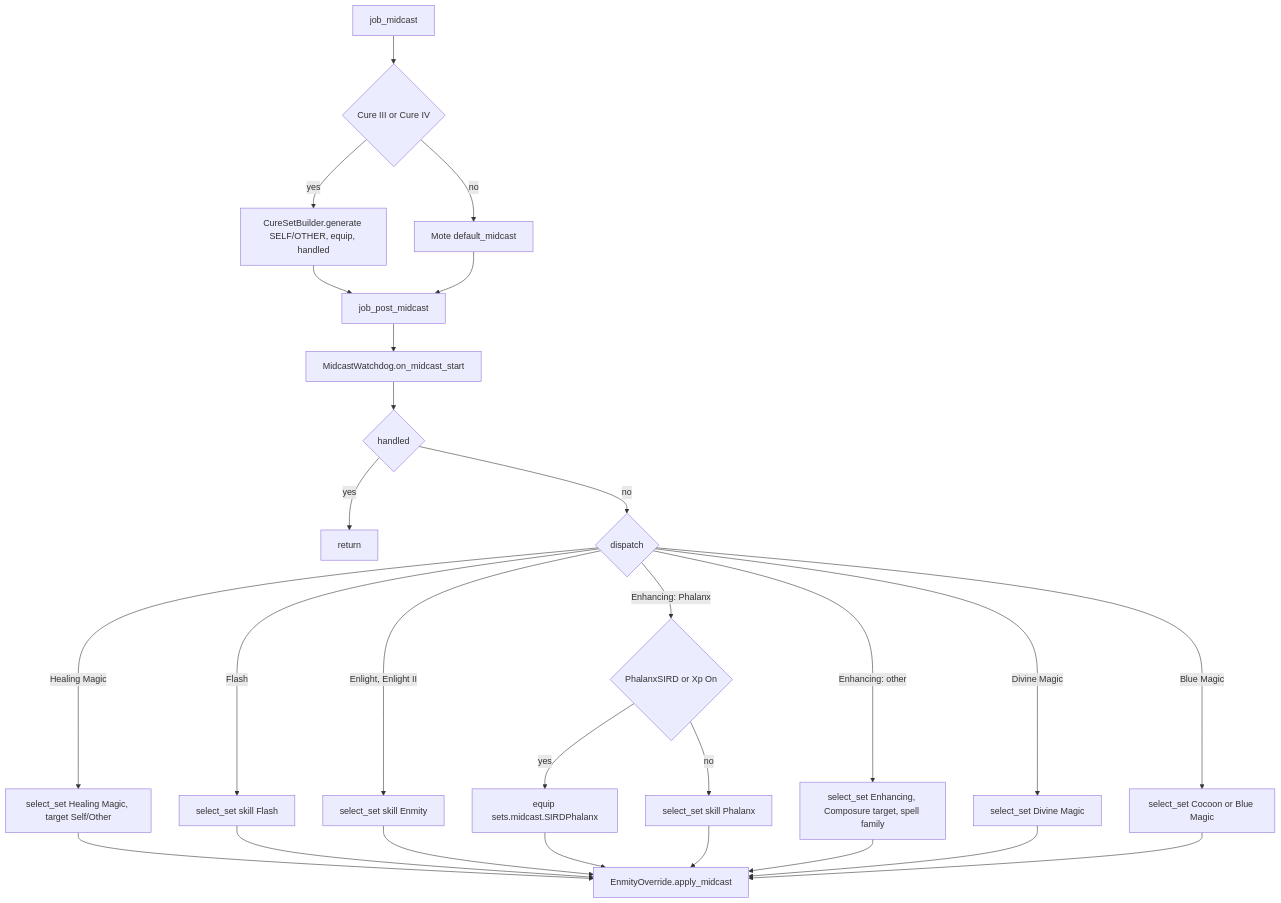
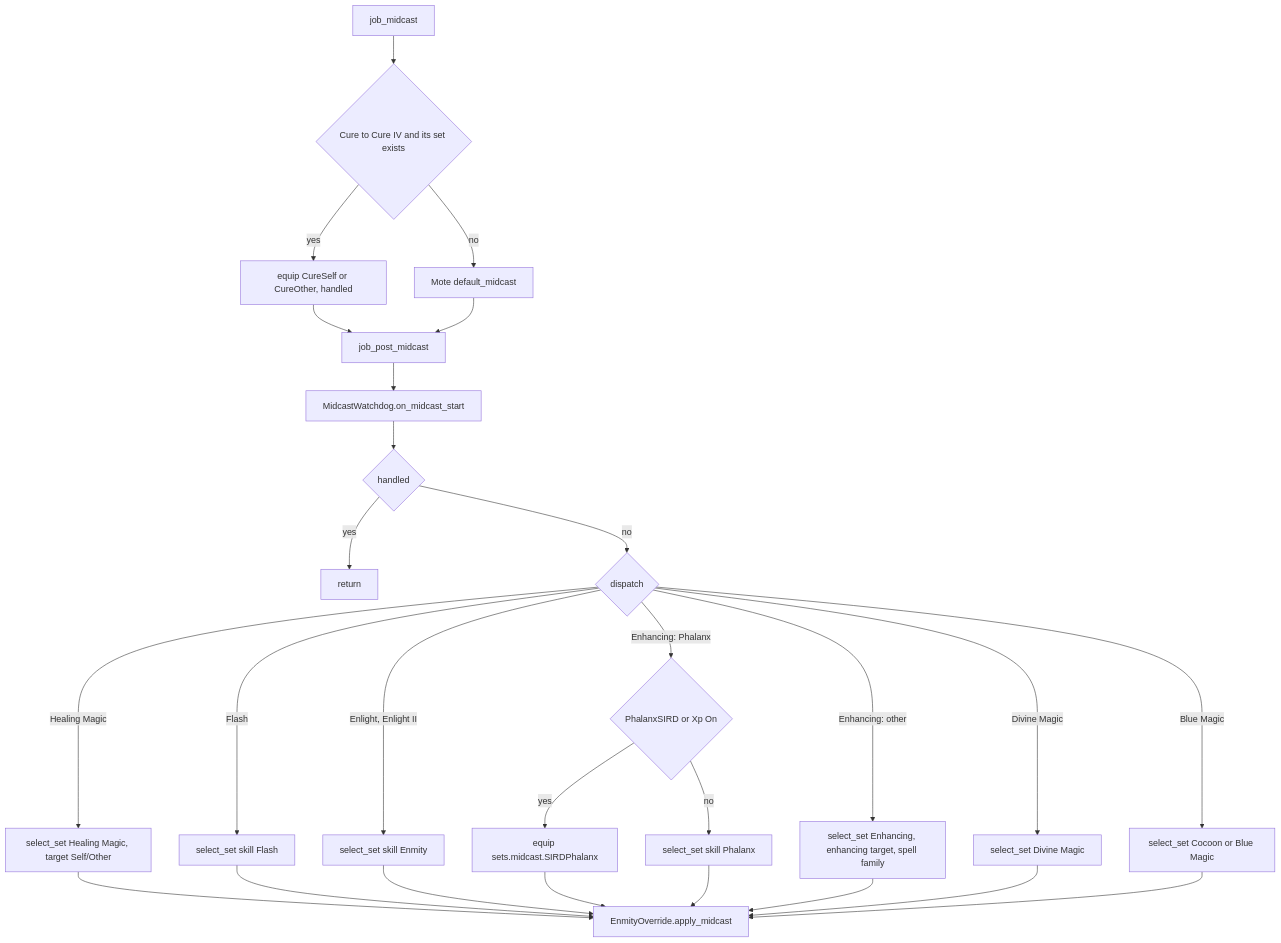
The fourth of 5 diagrams in docs/dev/jobs/pld.md (ejouanchicot/Gearswap), drawn with Mermaid before and after one commit. The commit also changed other lines of this file and 31 other files, not shown here.

````diff
--- a/docs/dev/jobs/pld.md
+++ b/docs/dev/jobs/pld.md
@@ -402,22 +379,22 @@
 ```mermaid
 flowchart TD
-    A[job_midcast] --> B{Cure III or Cure IV}
-    B -- yes --> C[CureSetBuilder.generate SELF/OTHER, equip, handled]
+    A[job_midcast] --> B{Cure to Cure IV and its set exists}
+    B -- yes --> C[equip CureSelf or CureOther, handled]
     B -- no --> D[Mote default_midcast]
     C --> E[job_post_midcast]
     D --> E
     E --> F[MidcastWatchdog.on_midcast_start]
     F --> G{handled}
     G -- yes --> Z[return]
     G -- no --> H{dispatch}
     H -- Healing Magic --> H1[select_set Healing Magic, target Self/Other]
     H -- Flash --> H2[select_set skill Flash]
     H -- Enlight, Enlight II --> H3[select_set skill Enmity]
     H -- Enhancing: Phalanx --> H4{PhalanxSIRD or Xp On}
     H4 -- yes --> H5[equip sets.midcast.SIRDPhalanx]
     H4 -- no --> H6[select_set skill Phalanx]
-    H -- Enhancing: other --> H7[select_set Enhancing, Composure target, spell family]
+    H -- Enhancing: other --> H7[select_set Enhancing, enhancing target, spell family]
     H -- Divine Magic --> H8[select_set Divine Magic]
     H -- Blue Magic --> H9[select_set Cocoon or Blue Magic]
     H1 & H2 & H3 & H5 & H6 & H7 & H8 & H9 --> O[EnmityOverride.apply_midcast]
 ```
````
